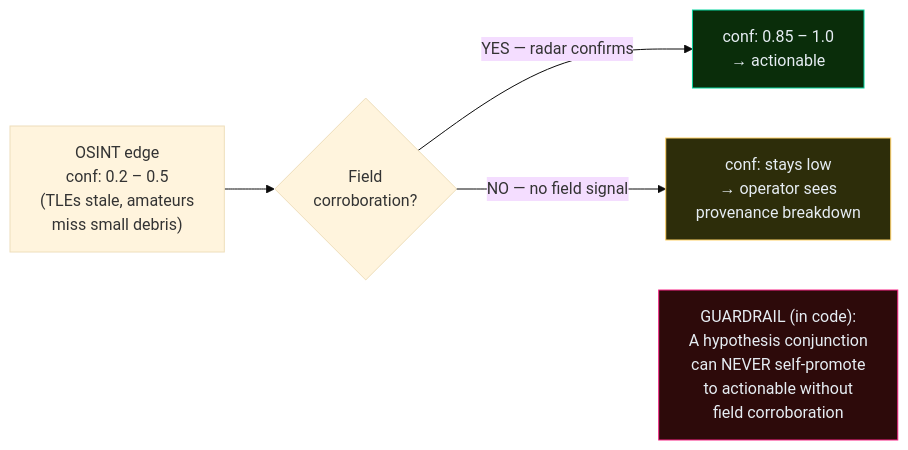
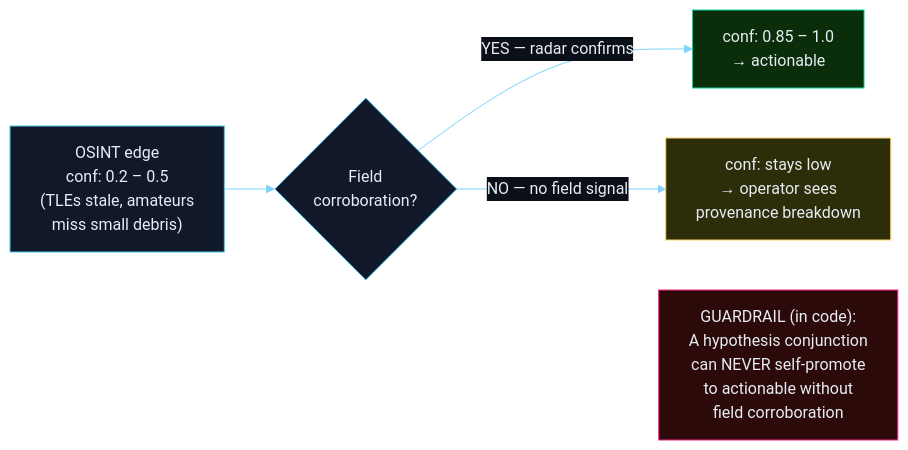
One commit to jeremienunez/thalamus-usecase-ssa- changed the ninth of 15 diagrams in README.md. Above: the diagram before and after it, drawn with Mermaid. The commit also changed other lines of this file and 9 other files, not shown here.

````diff
--- a/README.md
+++ b/README.md
@@ -630,21 +424,21 @@
 ```mermaid
-%%{init: {'theme': 'base'}}%%
+%%{init: {'theme':'base','themeVariables':{'background':'#0b0f17','primaryColor':'#11182a','primaryTextColor':'#e6edf3','primaryBorderColor':'#4cc9f0','secondaryColor':'#1a2033','tertiaryColor':'#141a28','secondaryTextColor':'#e6edf3','tertiaryTextColor':'#e6edf3','noteTextColor':'#e6edf3','noteBkgColor':'#1a2033','noteBorderColor':'#4cc9f0','lineColor':'#7dd3fc','textColor':'#e6edf3','mainBkg':'#11182a','secondBkg':'#1a2033','clusterBkg':'#0d1320','clusterBorder':'#4cc9f0','titleColor':'#e6edf3','edgeLabelBackground':'#0b0f17','labelBoxBkgColor':'#11182a','labelBoxBorderColor':'#4cc9f0','labelTextColor':'#e6edf3','actorBkg':'#11182a','actorBorder':'#4cc9f0','actorTextColor':'#e6edf3','actorLineColor':'#7dd3fc','signalColor':'#e6edf3','signalTextColor':'#e6edf3','activationBkgColor':'#1a2033','activationBorderColor':'#4cc9f0','sequenceNumberColor':'#0b0f17','classText':'#e6edf3'}}}%%
+flowchart LR
+    classDef default fill:#11182a,stroke:#4cc9f0,stroke-width:1px,color:#e6edf3;
+    OSINT_Edge["OSINT edge<br/>conf: 0.2 – 0.5<br/>(TLEs stale, amateurs<br/>miss small debris)"]
 
-flowchart LR
-    OSINT_Edge["OSINT edge\nconf: 0.2 – 0.5\n(TLEs stale, amateurs\nmiss small debris)"]
-
-    FieldCorr{"Field\ncorroboration?"}
+    FieldCorr{"Field<br/>corroboration?"}
 
     OSINT_Edge --> FieldCorr
 
-    FieldCorr -->|"YES — radar confirms"| Promoted["conf: 0.85 – 1.0\n→ actionable"]
-    FieldCorr -->|"NO — no field signal"| Flagged["conf: stays low\n→ operator sees\nprovenance breakdown"]
+    FieldCorr -->|"YES — radar confirms"| Promoted["conf: 0.85 – 1.0<br/>→ actionable"]
+    FieldCorr -->|"NO — no field signal"| Flagged["conf: stays low<br/>→ operator sees<br/>provenance breakdown"]
 
-    Guard["GUARDRAIL (in code):\nA hypothesis conjunction\ncan NEVER self-promote\nto actionable without\nfield corroboration"]
+    Guard["GUARDRAIL (in code):<br/>A hypothesis conjunction<br/>can NEVER self-promote<br/>to actionable without<br/>field corroboration"]
 
     FieldCorr ~~~ Guard
 
     style Guard fill:#2d0a0a,stroke:#f72585,color:#e6edf3
     style Promoted fill:#0a2d0a,stroke:#06d6a0,color:#e6edf3
     style Flagged fill:#2d2d0a,stroke:#ffd166,color:#e6edf3
 ```
````
